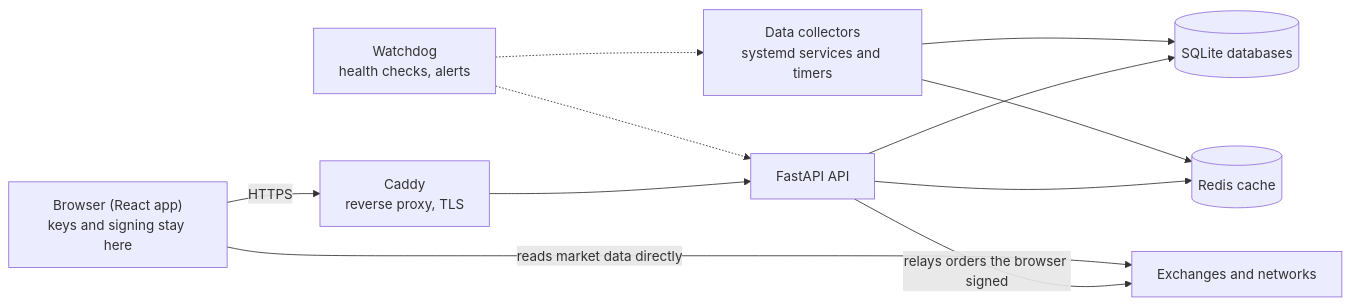
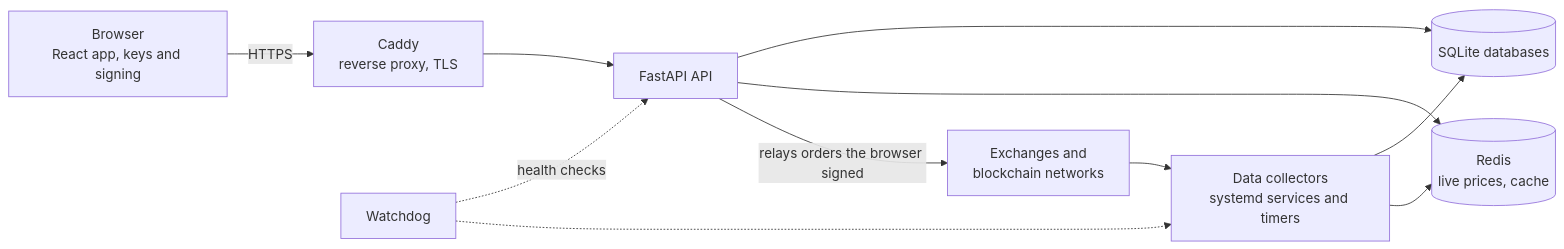
Before and after one commit to JTabb1213/illumifi-showcase: the first of 8 diagrams in README.md, drawn with Mermaid. The commit also changed other lines of this file, not shown here.

Commit message:
README: diagrams for market data, balances, orders, sign-in, databases and deploys

````diff
--- a/README.md
+++ b/README.md
@@ -19,13 +20,13 @@
 ```mermaid
 flowchart LR
-  B["Browser (React app)<br/>keys and signing stay here"] -->|HTTPS| C["Caddy<br/>reverse proxy, TLS"]
+  B["Browser<br/>React app, keys and signing"] -->|HTTPS| C["Caddy<br/>reverse proxy, TLS"]
   C --> A["FastAPI API"]
   A --> D[("SQLite databases")]
-  A --> R[("Redis cache")]
+  A --> R[("Redis<br/>live prices, cache")]
   K["Data collectors<br/>systemd services and timers"] --> D
   K --> R
-  W["Watchdog<br/>health checks, alerts"] -.-> A
+  X["Exchanges and<br/>blockchain networks"] --> K
+  A -->|"relays orders the browser signed"| X
+  W["Watchdog"] -.->|"health checks"| A
   W -.-> K
-  A -->|"relays orders the browser signed"| X["Exchanges and networks"]
-  B -->|"reads market data directly"| X
 ```
````
